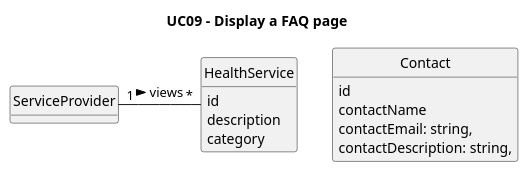
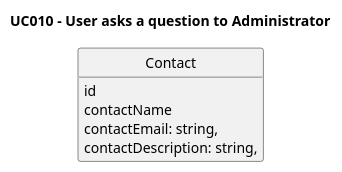
One commit to Chirano/GladlyGiven changed the diagram in javaSprint2GladlyGiven/Docs/UseCases/uc010/us10-Domain_Model.puml. Above: the diagram before and after it, drawn with PlantUML. The commit also changed 16 other files, not shown here.

```diff
--- a/javaSprint2GladlyGiven/Docs/UseCases/uc010/us10-Domain_Model.puml
+++ b/javaSprint2GladlyGiven/Docs/UseCases/uc010/us10-Domain_Model.puml
@@ -1,28 +1,20 @@
 @startuml
 skinparam monochrome true
 skinparam packageStyle rectangle
 skinparam shadowing false
 
 skinparam classAttributeIconSize 0
 
 hide circle
 hide methods
 
-title UC09 - Display a FAQ page
+title UC010 - User asks a question to Administrator
 
 class Contact {
    id
    contactName
    contactEmail: string,
    contactDescription: string,
 }
 
-class HealthService {
-    id
-    description
-    category
-}
-
-ServiceProvider "1   " - "   *" HealthService : views >
-
 @enduml
```
